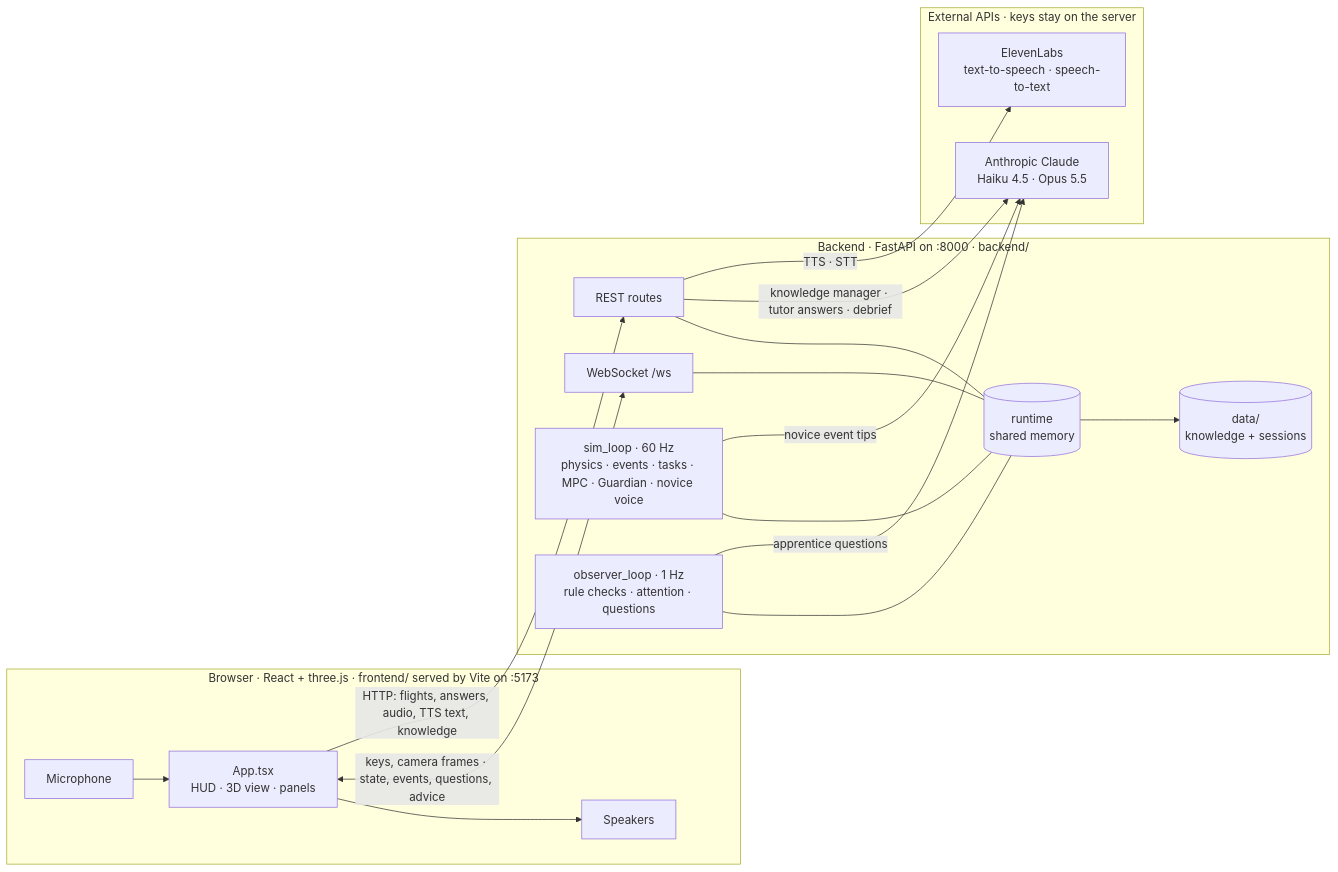
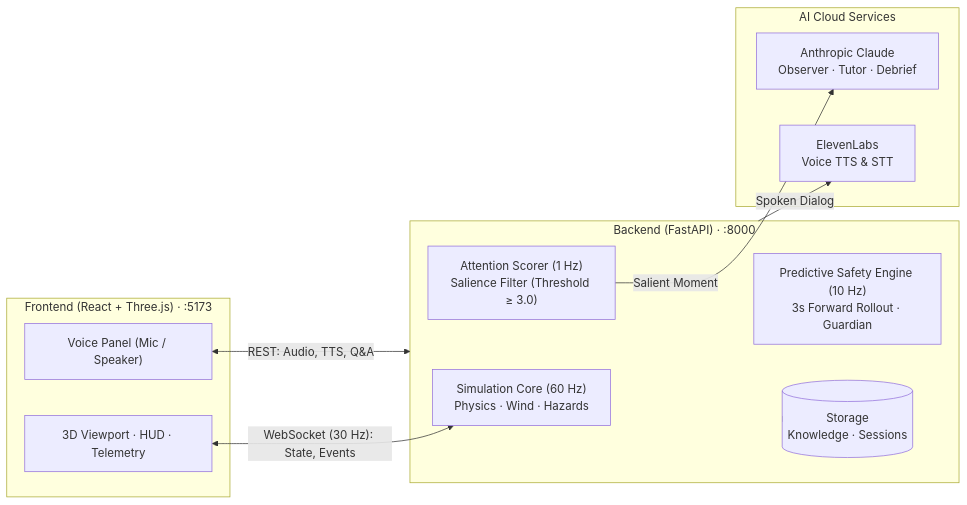
The first of 2 diagrams in PIPELINE.md (jona-droid/Hackathon-Hacknation), drawn with Mermaid before and after one commit. The commit also changed other lines of this file and 2 other files, not shown here.

````diff
--- a/PIPELINE.md
+++ b/PIPELINE.md
@@ -48,33 +9,25 @@
 ```mermaid
 flowchart LR
-  subgraph BROWSER["Browser · React + three.js · frontend/ served by Vite on :5173"]
-    UI["App.tsx<br/>HUD · 3D view · panels"]
-    MIC["Microphone"]
-    SPK["Speakers"]
+  subgraph FRONTEND["Frontend (React + Three.js) · :5173"]
+    UI["3D Viewport · HUD · Telemetry"]
+    VOICE_UI["Voice Panel (Mic / Speaker)"]
   end
-  subgraph SERVER["Backend · FastAPI on :8000 · backend/"]
-    WS["WebSocket /ws"]
-    REST["REST routes"]
-    SIM["sim_loop · 60 Hz<br/>physics · events · tasks · MPC · Guardian · novice voice"]
-    OBS["observer_loop · 1 Hz<br/>rule checks · attention · questions"]
-    RT[("runtime<br/>shared memory")]
-    DISK[("data/<br/>knowledge + sessions")]
+
+  subgraph BACKEND["Backend (FastAPI) · :8000"]
+    SIM["Simulation Core (60 Hz)<br/>Physics · Wind · Hazards"]
+    MPC["Predictive Safety Engine (10 Hz)<br/>3s Forward Rollout · Guardian"]
+    ATTN["Attention Scorer (1 Hz)<br/>Salience Filter (Threshold ≥ 3.0)"]
+    STORE[("Storage<br/>Knowledge · Sessions")]
   end
-  subgraph CLOUD["External APIs · keys stay on the server"]
-    CL["Anthropic Claude<br/>Haiku 4.5 · Opus 5.5"]
-    EL["ElevenLabs<br/>text-to-speech · speech-to-text"]
+
+  subgraph CLOUD["AI Cloud Services"]
+    CLAUDE["Anthropic Claude<br/>Observer · Tutor · Debrief"]
+    ELEVEN["ElevenLabs<br/>Voice TTS & STT"]
   end
-  MIC --> UI
-  UI --> SPK
-  UI <-->|"keys, camera frames · state, events, questions, advice"| WS
-  UI -->|"HTTP: flights, answers, audio, TTS text, knowledge"| REST
-  WS --- RT
-  REST --- RT
-  SIM --- RT
-  OBS --- RT
-  OBS -->|"apprentice questions"| CL
-  REST -->|"knowledge manager · tutor answers · debrief"| CL
-  SIM -->|"novice event tips"| CL
-  REST -->|"TTS · STT"| EL
-  RT --> DISK
+
+  UI <-->|"WebSocket (30 Hz): State, Events"| SIM
+  VOICE_UI <-->|"REST: Audio, TTS, Q&A"| BACKEND
+  ATTN -->|"Salient Moment"| CLAUDE
+  BACKEND -->|"Spoken Dialog"| ELEVEN
+  BACKEND --> STORE
 ```
````
